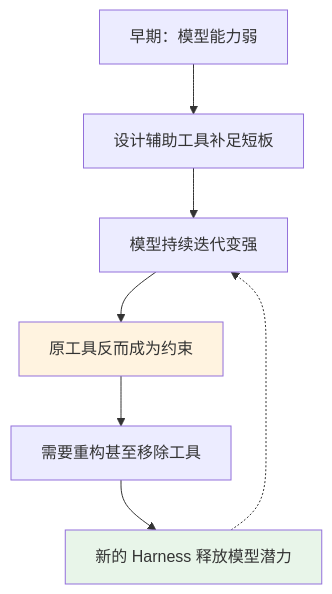
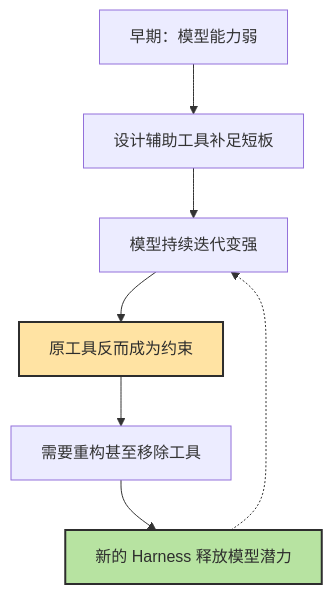
Before and after one commit to zht043/AgenticCodingTutorial: the tenth of 10 diagrams in docs/chapters/ch11-design-patterns.md, drawn with Mermaid. The commit also changed other lines of this file and 26 other files, not shown here.

````diff
--- a/docs/chapters/ch11-design-patterns.md
+++ b/docs/chapters/ch11-design-patterns.md
@@ -483,12 +493,12 @@
 ```mermaid
 flowchart TB
     P1[早期：模型能力弱] --> P2[设计辅助工具补足短板]
     P2 --> P3[模型持续迭代变强]
     P3 --> P4[原工具反而成为约束]
     P4 --> P5[需要重构甚至移除工具]
     P5 --> P6[新的 Harness 释放模型潜力]
     P6 -.-> P3
 
-    style P4 fill:#fff3e0
-    style P6 fill:#e8f5e9
+    style P4 fill:#ffe3a3,stroke:#2d2d2d,stroke-width:2px,color:#2d2d2d
+    style P6 fill:#b7e3a1,stroke:#2d2d2d,stroke-width:2px,color:#2d2d2d
 ```
````
